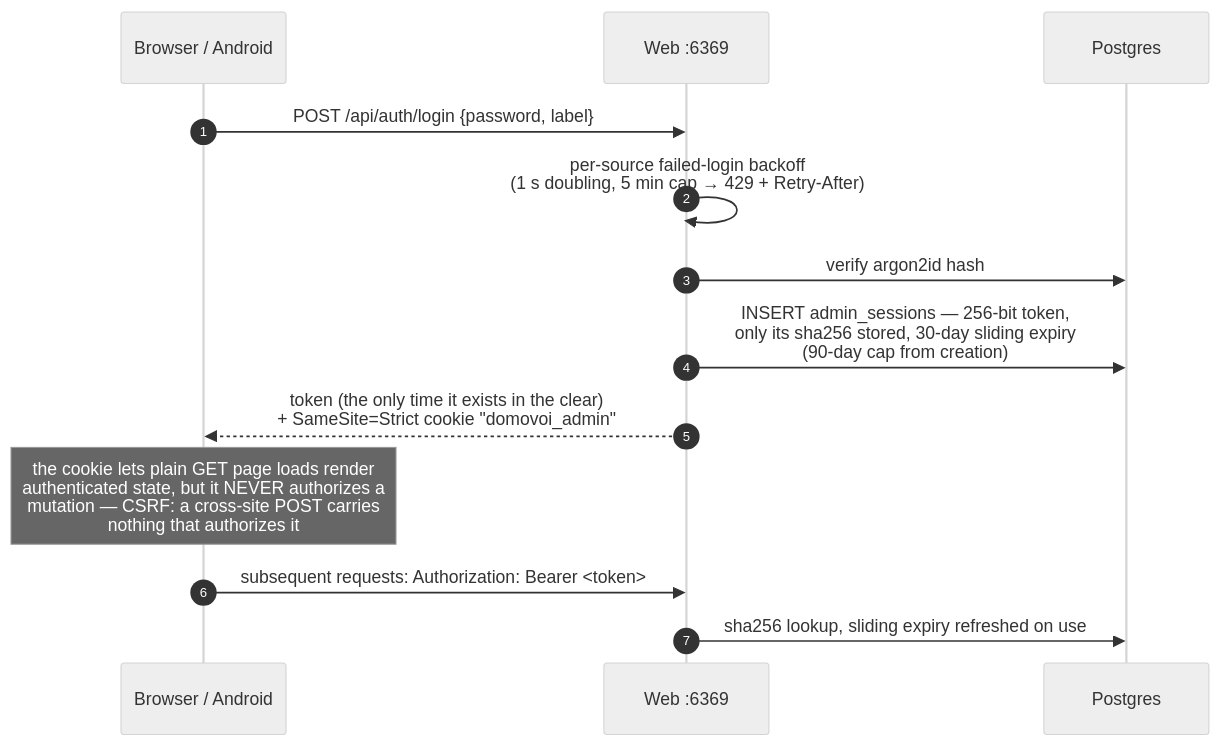
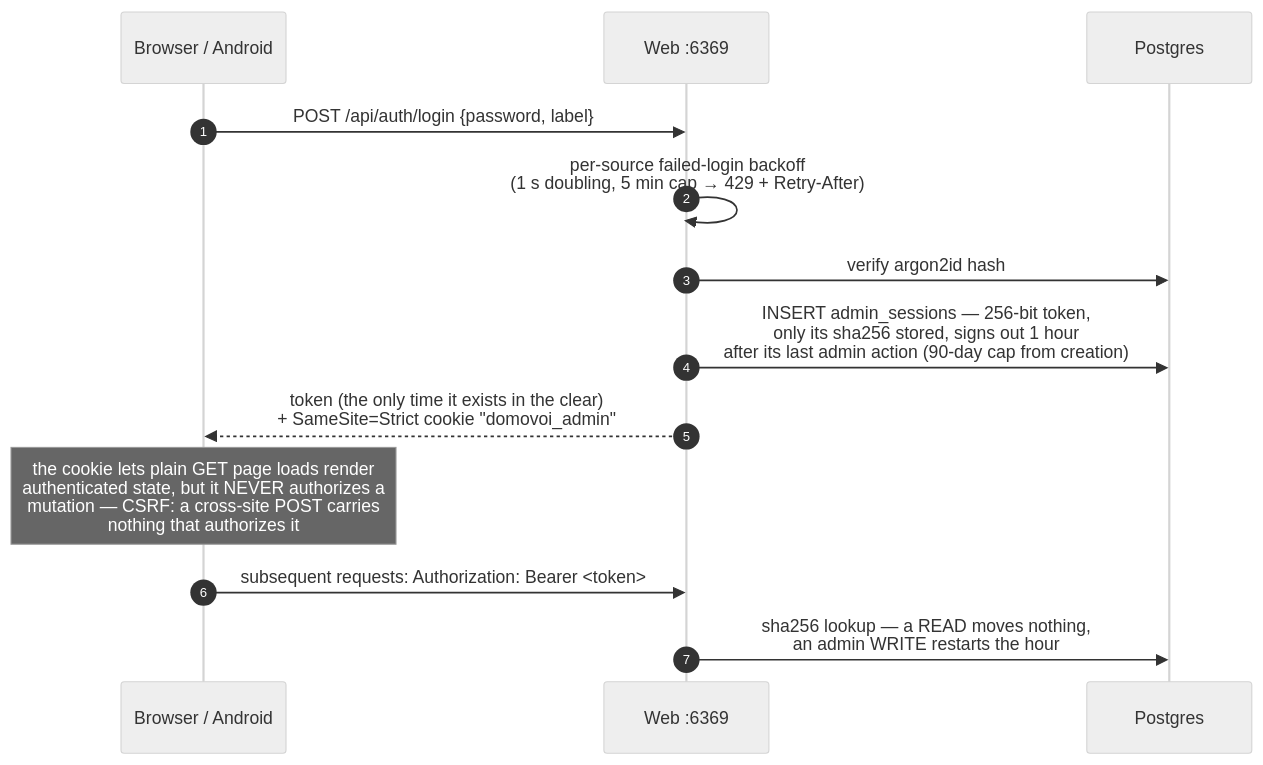
The second of 3 diagrams in docs/uml/auth.md (coders-farm-official/domovoi), drawn with Mermaid (neutral theme) before and after one commit. The commit also changed other lines of this file and 30 other files, not shown here.

````diff
--- a/docs/uml/auth.md
+++ b/docs/uml/auth.md
@@ -58,16 +59,16 @@
 ```mermaid
 sequenceDiagram
     autonumber
     participant U as Browser / Android
     participant W as Web :6369
     participant PG as Postgres
 
     U->>W: POST /api/auth/login {password, label}
     W->>W: per-source failed-login backoff<br/>(1 s doubling, 5 min cap → 429 + Retry-After)
     W->>PG: verify argon2id hash
-    W->>PG: INSERT admin_sessions — 256-bit token,<br/>only its sha256 stored, 30-day sliding expiry<br/>(90-day cap from creation)
+    W->>PG: INSERT admin_sessions — 256-bit token,<br/>only its sha256 stored, signs out 1 hour<br/>after its last admin action (90-day cap from creation)
     W-->>U: token (the only time it exists in the clear)<br/>+ SameSite=Strict cookie "domovoi_admin"
     Note over U: the cookie lets plain GET page loads render<br/>authenticated state, but it NEVER authorizes a<br/>mutation — CSRF: a cross-site POST carries<br/>nothing that authorizes it
     U->>W: subsequent requests: Authorization: Bearer <token>
-    W->>PG: sha256 lookup, sliding expiry refreshed on use
+    W->>PG: sha256 lookup — a READ moves nothing,<br/>an admin WRITE restarts the hour
 ```
````
